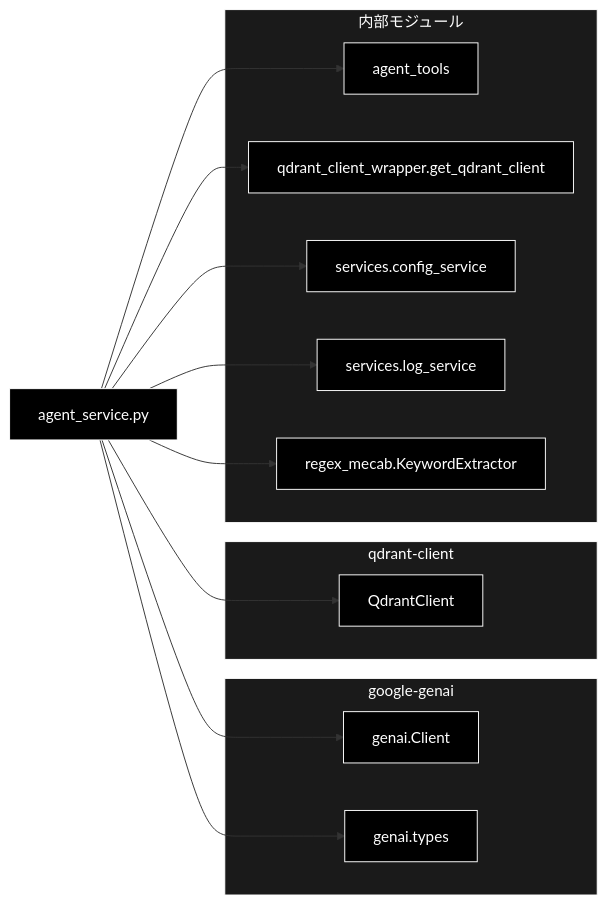
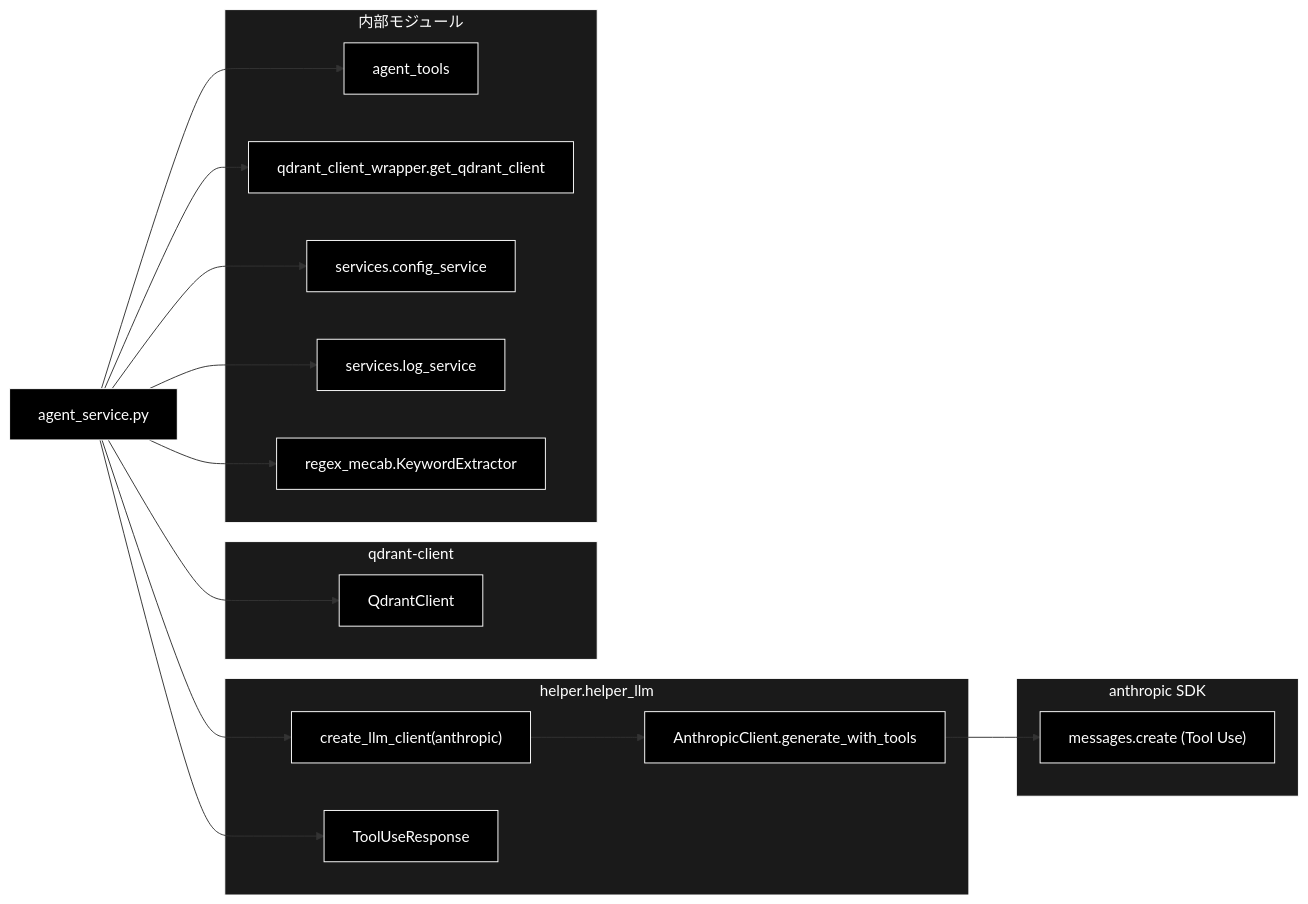
One commit to nakashima2toshio/anthropic_grace_agent_v2 changed the third of 3 diagrams in services/doc/agent_service.md. Above: the diagram before and after it, drawn with Mermaid. The commit also changed other lines of this file, not shown here.

First line of the commit message:
docs: services/doc/agent_service.md を Anthropic ネイティブに改修

````diff
--- a/services/doc/agent_service.md
+++ b/services/doc/agent_service.md
@@ -608,36 +575,42 @@
 ```mermaid
 flowchart LR
     AGENTSVC["agent_service.py"]
 
-    subgraph GOOGLE["google-genai"]
-        GENAI["genai.Client"]
-        TYPES["genai.types"]
+    subgraph LLMHELP["helper.helper_llm"]
+        FACT["create_llm_client(anthropic)"]
+        ANC["AnthropicClient.generate_with_tools"]
+        TUR["ToolUseResponse"]
+    end
+
+    subgraph ANTH["anthropic SDK"]
+        MSG["messages.create (Tool Use)"]
     end
 
     subgraph QDRANT["qdrant-client"]
         QC["QdrantClient"]
     end
 
     subgraph INTERNAL["内部モジュール"]
         TOOLS["agent_tools"]
         WRAP["qdrant_client_wrapper.get_qdrant_client"]
         CONFIG["services.config_service"]
         LOGSVC["services.log_service"]
         MECAB["regex_mecab.KeywordExtractor"]
     end
 
-    AGENTSVC --> GENAI
-    AGENTSVC --> TYPES
+    AGENTSVC --> FACT --> ANC --> MSG
+    AGENTSVC --> TUR
     AGENTSVC --> QC
     AGENTSVC --> TOOLS
     AGENTSVC --> WRAP
     AGENTSVC --> CONFIG
     AGENTSVC --> LOGSVC
     AGENTSVC --> MECAB
 classDef default fill:#000,stroke:#fff,color:#fff
 classDef subgraphStyle fill:#1a1a1a,stroke:#fff,color:#fff
-class AGENTSVC,GENAI,TYPES,QC,TOOLS,WRAP,CONFIG,LOGSVC,MECAB default
-style GOOGLE fill:#1a1a1a,stroke:#fff,color:#fff
+class AGENTSVC,FACT,ANC,TUR,MSG,QC,TOOLS,WRAP,CONFIG,LOGSVC,MECAB default
+style LLMHELP fill:#1a1a1a,stroke:#fff,color:#fff
+style ANTH fill:#1a1a1a,stroke:#fff,color:#fff
 style QDRANT fill:#1a1a1a,stroke:#fff,color:#fff
 style INTERNAL fill:#1a1a1a,stroke:#fff,color:#fff
 ```
````
